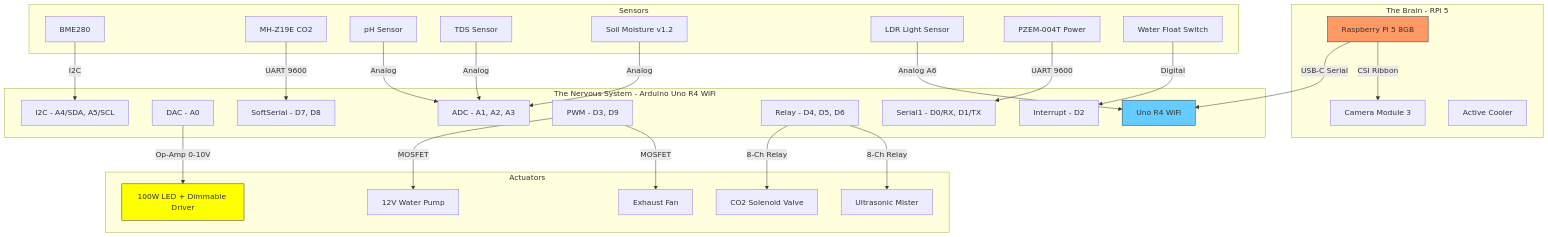
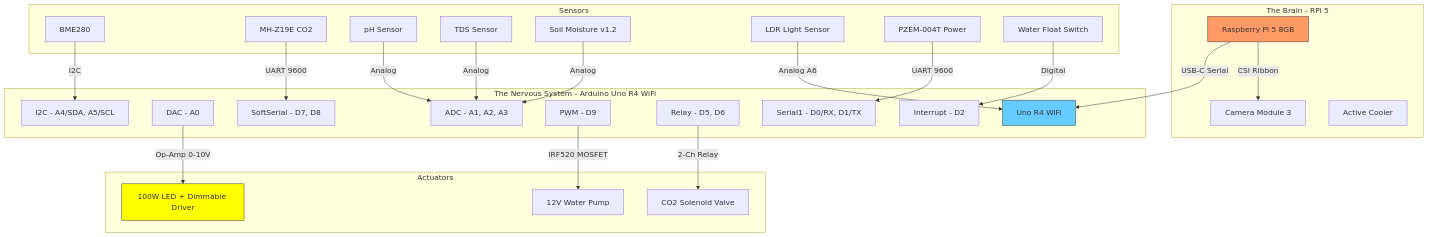
Before and after one commit to coad1024-cmd/Tokenized-Bio-Hedge-Fund: the diagram in hardware/docs/WIRING.md, drawn with Mermaid. The commit also changed other lines of this file and 3 other files, not shown here.

````diff
--- a/hardware/docs/WIRING.md
+++ b/hardware/docs/WIRING.md
@@ -8,70 +8,66 @@
 ```mermaid
 graph TD
     subgraph "The Brain - RPi 5"
         Pi[Raspberry Pi 5 8GB]
         Cam[Camera Module 3]
         Cooler[Active Cooler]
     end
 
     subgraph "The Nervous System - Arduino Uno R4 WiFi"
         Uno[Uno R4 WiFi]
         DAC["DAC - A0"]
         ADC["ADC - A1, A2, A3"]
         I2C["I2C - A4/SDA, A5/SCL"]
-        PWM["PWM - D3, D9"]
-        RELAY["Relay - D4, D5, D6"]
+        PWM["PWM - D9"]
+        RELAY["Relay - D5, D6"]
         SERIAL1["Serial1 - D0/RX, D1/TX"]
         SSERIAL["SoftSerial - D7, D8"]
         DINT["Interrupt - D2"]
     end
 
     subgraph "Sensors"
         BME[BME280]
         CO2S[MH-Z19E CO2]
         PH[pH Sensor]
         TDS[TDS Sensor]
         SOIL[Soil Moisture v1.2]
         LDR[LDR Light Sensor]
         PZEM[PZEM-004T Power]
         FLOAT[Water Float Switch]
     end
 
     subgraph "Actuators"
         Light[100W LED + Dimmable Driver]
         Pump[12V Water Pump]
         CO2V[CO2 Solenoid Valve]
-        Fan[Exhaust Fan]
-        Mister[Ultrasonic Mister]
     end
 
     %% Pi connections
     Pi -- USB-C Serial --> Uno
     Pi -- CSI Ribbon --> Cam
 
     %% I2C Bus
     BME -- I2C --> I2C
 
     %% UART
     PZEM -- UART 9600 --> SERIAL1
     CO2S -- UART 9600 --> SSERIAL
 
     %% Analog
     PH -- Analog --> ADC
     TDS -- Analog --> ADC
     SOIL -- Analog --> ADC
 
     %% Digital
     FLOAT -- Digital --> DINT
     LDR -- Analog A6 --> Uno
 
     %% Control
     DAC -- Op-Amp 0-10V --> Light
-    PWM -- MOSFET --> Pump
-    PWM -- MOSFET --> Fan
-    RELAY -- 8-Ch Relay --> CO2V
-    RELAY -- 8-Ch Relay --> Mister
+    PWM -- IRF520 MOSFET --> Pump
+    RELAY -- 2-Ch Relay --> CO2V
 
     style Pi fill:#f96,stroke:#333
     style Uno fill:#6cf,stroke:#333
     style Light fill:#ff0,stroke:#333
 ```
````
